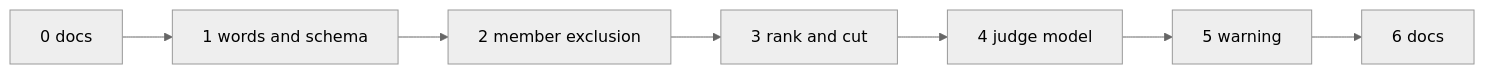
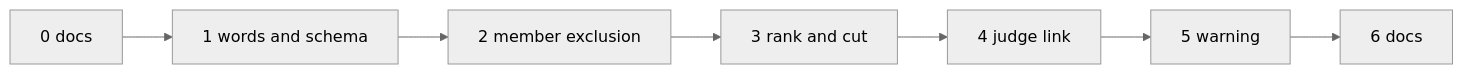
Before and after one commit to ScreamingFace/screamingface: the diagram in docs/plan/2026-10-15-e4b-evidence-completeness.md, drawn with Mermaid (neutral theme). The commit also changed other lines of this file and 9 other files, not shown here.

````diff
--- a/docs/plan/2026-10-15-e4b-evidence-completeness.md
+++ b/docs/plan/2026-10-15-e4b-evidence-completeness.md
@@ -36,4 +38,4 @@
 ```mermaid
 flowchart LR
-    U0[0 docs] --> U1[1 words and schema] --> U2[2 member exclusion] --> U3[3 rank and cut] --> U4[4 judge model] --> U5[5 warning] --> U6[6 docs]
+    U0[0 docs] --> U1[1 words and schema] --> U2[2 member exclusion] --> U3[3 rank and cut] --> U4[4 judge link] --> U5[5 warning] --> U6[6 docs]
 ```
````
